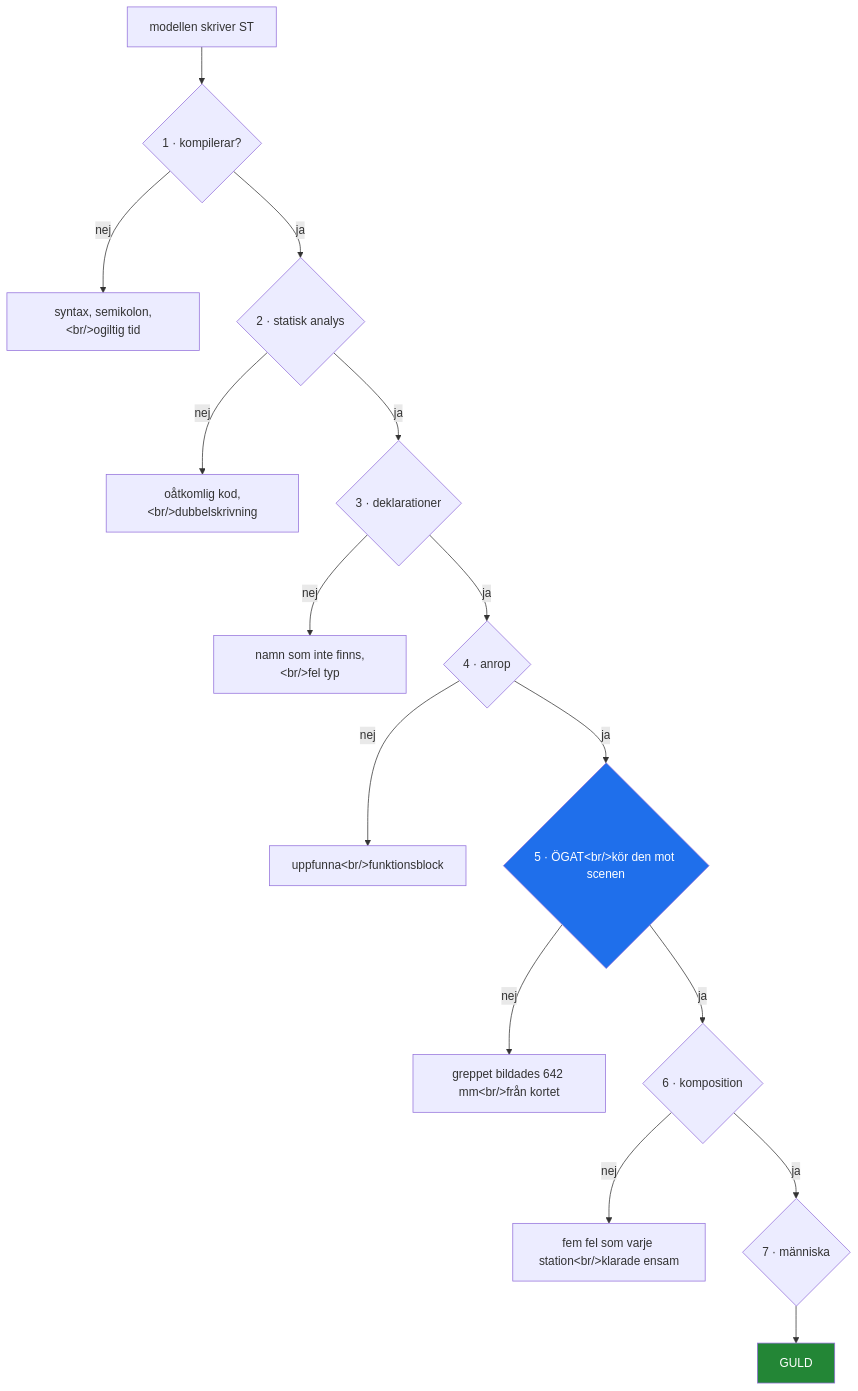
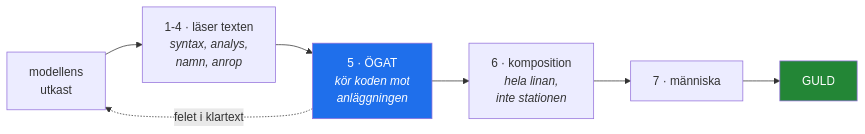
Before and after one commit to antonbj3/VC_Assist: the second of 3 diagrams in docs/PRESENTATION_UTKAST.md, drawn with Mermaid. The commit also changed other lines of this file, not shown here.

````diff
--- a/docs/PRESENTATION_UTKAST.md
+++ b/docs/PRESENTATION_UTKAST.md
@@ -62,20 +66,11 @@
 ```mermaid
-flowchart TD
-    M["modellen skriver ST"] --> G1
-    G1{"1 · kompilerar?"} -->|nej| R1["syntax, semikolon,&lt;br/&gt;ogiltig tid"]
-    G1 -->|ja| G2
-    G2{"2 · statisk analys"} -->|nej| R2["oåtkomlig kod,&lt;br/&gt;dubbelskrivning"]
-    G2 -->|ja| G3
-    G3{"3 · deklarationer"} -->|nej| R3["namn som inte finns,&lt;br/&gt;fel typ"]
-    G3 -->|ja| G4
-    G4{"4 · anrop"} -->|nej| R4["uppfunna&lt;br/&gt;funktionsblock"]
-    G4 -->|ja| G5
-    G5{"5 · ÖGAT&lt;br/&gt;kör den mot scenen"} -->|nej| R5["greppet bildades 642 mm&lt;br/&gt;från kortet"]
-    G5 -->|ja| G6
-    G6{"6 · komposition"} -->|nej| R6["fem fel som varje station&lt;br/&gt;klarade ensam"]
-    G6 -->|ja| G7
-    G7{"7 · människa"} --> OK["GULD"]
+flowchart LR
+    M["modellens<br/>utkast"] --> T["1-4 · läser texten<br/><i>syntax, analys,<br/>namn, anrop</i>"]
+    T --> O["5 · ÖGAT<br/><i>kör koden mot<br/>anläggningen</i>"]
+    O --> K["6 · komposition<br/><i>hela linan,<br/>inte stationen</i>"]
+    K --> H["7 · människa"] --> G["GULD"]
+    O -.->|"felet i klartext"| M
 
-    style G5 fill:#1f6feb,color:#fff
-    style OK fill:#238636,color:#fff
+    style O fill:#1f6feb,color:#fff
+    style G fill:#238636,color:#fff
 ```
````
